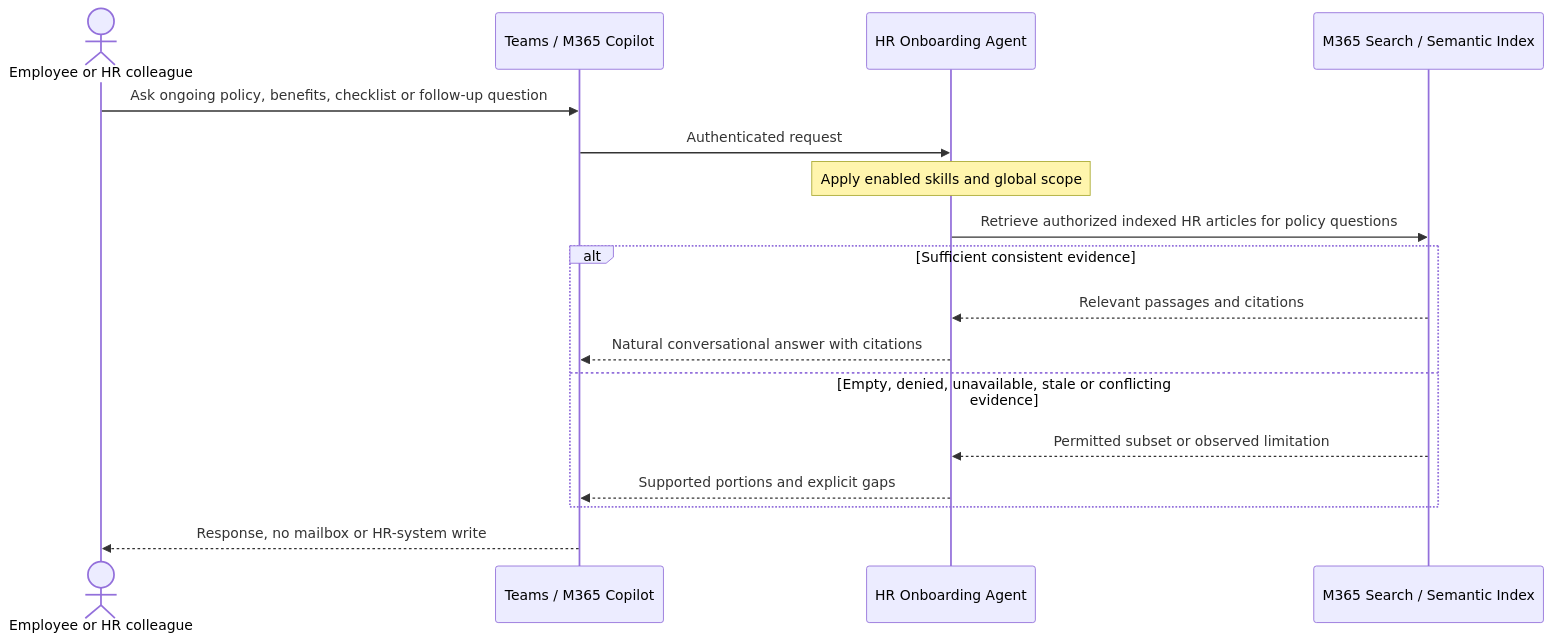
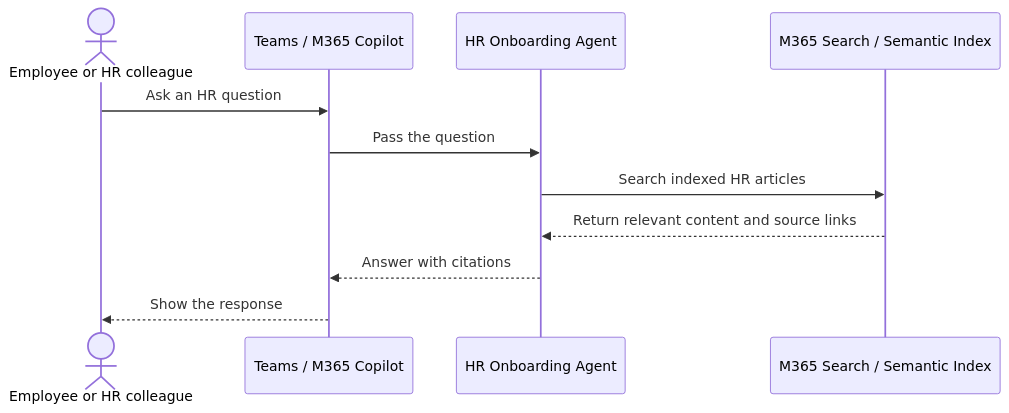
The second of 3 diagrams in 01-scenarios/HR-Onboarding-Agent-GHCP/2.Architecture.md (petepuu/ai-agent-runbooks), drawn with Mermaid before and after one commit. The commit also changed other lines of this file, not shown here.

Commit message:
Simplify interactive chat data flow diagram

````diff
--- a/01-scenarios/HR-Onboarding-Agent-GHCP/2.Architecture.md
+++ b/01-scenarios/HR-Onboarding-Agent-GHCP/2.Architecture.md
@@ -108,19 +108,13 @@
 ```mermaid
 sequenceDiagram
     actor User as Employee or HR colleague
     participant Channel as Teams / M365 Copilot
     participant Agent as HR Onboarding Agent
     participant KB as M365 Search / Semantic Index
-    User->>Channel: Ask ongoing policy, benefits, checklist or follow-up question
-    Channel->>Agent: Authenticated request
-    Note over Agent: Apply enabled skills and global scope
-    Agent->>KB: Retrieve authorized indexed HR articles for policy questions
-    alt Sufficient consistent evidence
-        KB-->>Agent: Relevant passages and citations
-        Agent-->>Channel: Natural conversational answer with citations
-    else Empty, denied, unavailable, stale or conflicting evidence
-        KB-->>Agent: Permitted subset or observed limitation
-        Agent-->>Channel: Supported portions and explicit gaps
-    end
-    Channel-->>User: Response, no mailbox or HR-system write
+    User->>Channel: Ask an HR question
+    Channel->>Agent: Pass the question
+    Agent->>KB: Search indexed HR articles
+    KB-->>Agent: Return relevant content and source links
+    Agent-->>Channel: Answer with citations
+    Channel-->>User: Show the response
 ```
````
